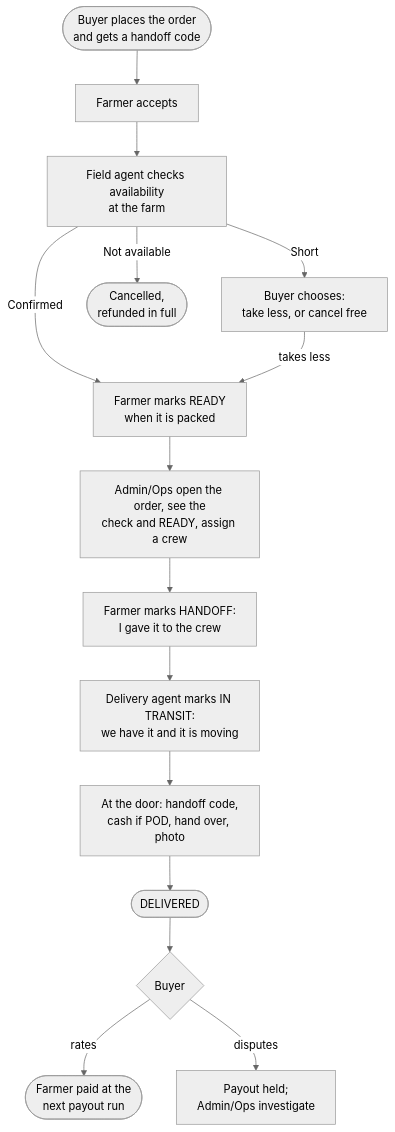
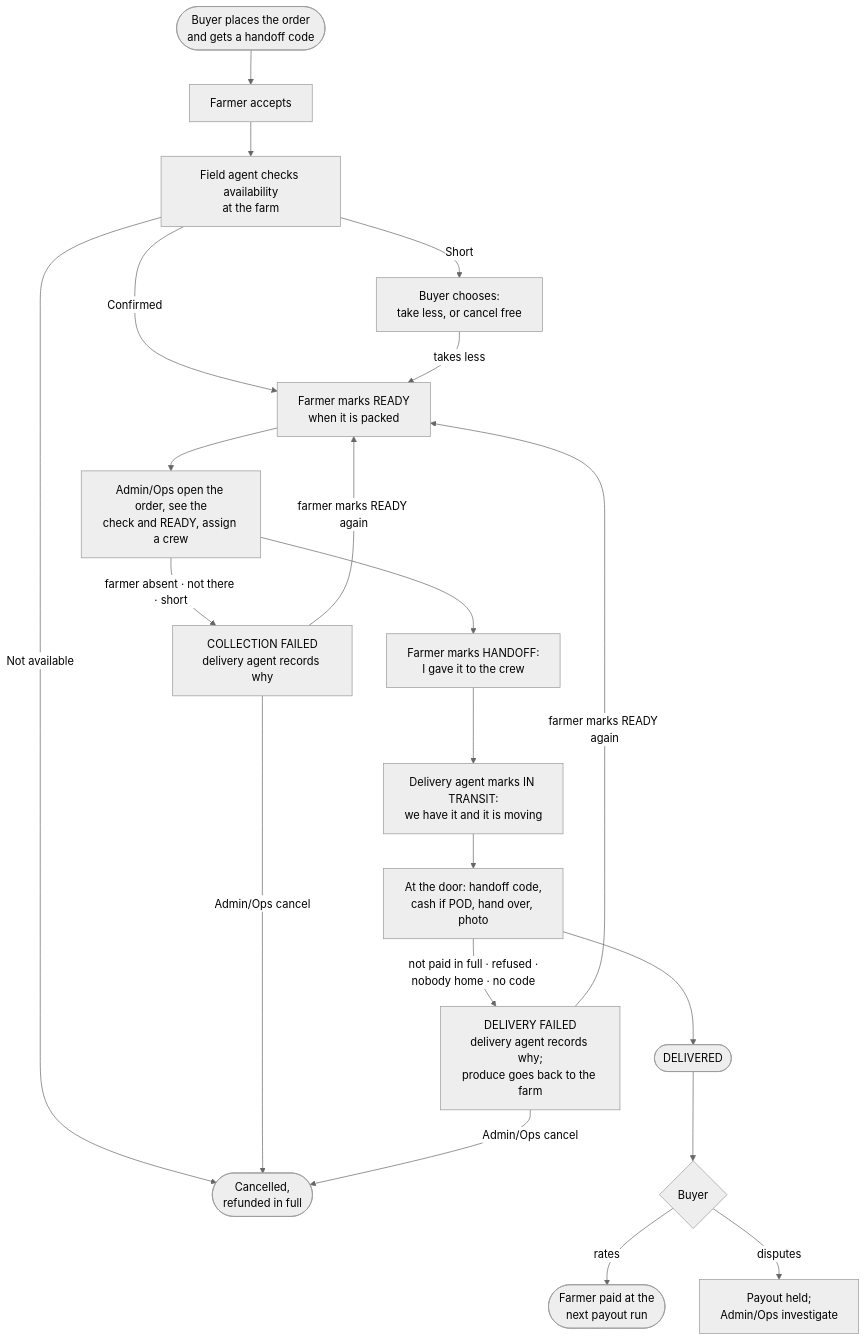
One commit to cropdoor/cropdoor-almanac changed the first of 2 diagrams in docs/domain/order-delivery-flow-v2.md. Above: the diagram before and after it, drawn with Mermaid (neutral theme). The commit also changed other lines of this file and 1 other file, not shown here.

First line of the commit message:
docs(domain): COLLECTION FAILED and DELIVERY FAILED settled

````diff
--- a/docs/domain/order-delivery-flow-v2.md
+++ b/docs/domain/order-delivery-flow-v2.md
@@ -7,17 +7,23 @@
 ```mermaid
 flowchart TD
     A([Buyer places the order<br/>and gets a handoff code]) --> B[Farmer accepts]
     B --> C[Field agent checks availability<br/>at the farm]
     C -->|Confirmed| D[Farmer marks READY<br/>when it is packed]
     C -->|Short| C1[Buyer chooses:<br/>take less, or cancel free]
     C1 -->|takes less| D
     C -->|Not available| C2([Cancelled,<br/>refunded in full])
     D --> E[Admin/Ops open the order, see the<br/>check and READY, assign a crew]
     E --> F[Farmer marks HANDOFF:<br/>I gave it to the crew]
+    E -->|farmer absent · not there · short| CF[COLLECTION FAILED<br/>delivery agent records why]
+    CF -->|farmer marks READY again| D
+    CF -->|Admin/Ops cancel| C2
     F --> G[Delivery agent marks IN TRANSIT:<br/>we have it and it is moving]
     G --> H[At the door: handoff code,<br/>cash if POD, hand over, photo]
     H --> I([DELIVERED])
+    H -->|not paid in full · refused ·<br/>nobody home · no code| DF[DELIVERY FAILED<br/>delivery agent records why;<br/>produce goes back to the farm]
+    DF -->|farmer marks READY again| D
+    DF -->|Admin/Ops cancel| C2
     I --> J{Buyer}
     J -->|rates| L([Farmer paid at the<br/>next payout run])
     J -->|disputes| K[Payout held;<br/>Admin/Ops investigate]
 ```
````
